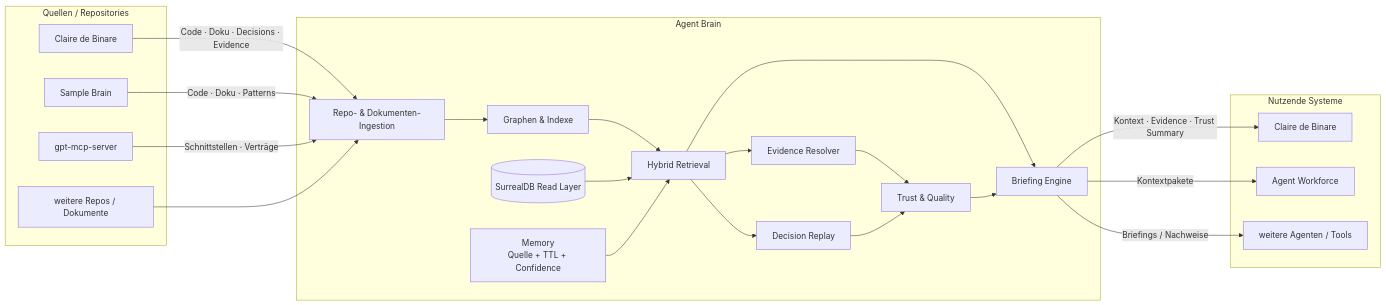
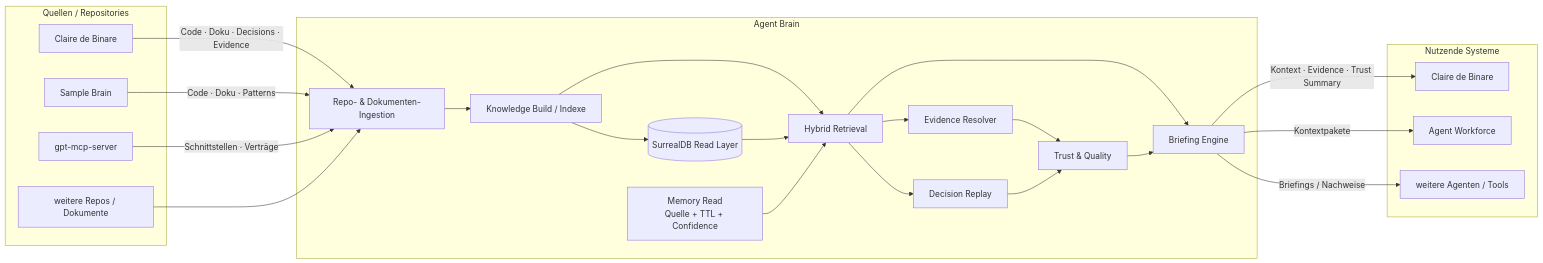
Before and after one commit to jannekbuengener/agent-brain: the first of 8 diagrams in docs/DATENFLUESSE.md, drawn with Mermaid. The commit also changed other lines of this file and 3 other files, not shown here.

First line of the commit message:
docs: adopt roadmap v2 and close planning gaps

````diff
--- a/docs/DATENFLUESSE.md
+++ b/docs/DATENFLUESSE.md
@@ -11,46 +11,47 @@
 ```mermaid
 flowchart LR
     subgraph Quellen["Quellen / Repositories"]
         CDB["Claire de Binare"]
         SB["Sample Brain"]
         MCP["gpt-mcp-server"]
         MORE["weitere Repos / Dokumente"]
     end
 
     subgraph Brain["Agent Brain"]
         ING["Repo- & Dokumenten-Ingestion"]
-        IDX["Graphen & Indexe"]
+        BUILD["Knowledge Build / Indexe"]
         RET["Hybrid Retrieval"]
         EVI["Evidence Resolver"]
         DEC["Decision Replay"]
-        MEM["Memory\nQuelle + TTL + Confidence"]
+        MEM["Memory Read\nQuelle + TTL + Confidence"]
         TRUST["Trust & Quality"]
         BRIEF["Briefing Engine"]
         DB[("SurrealDB Read Layer")]
 
-        ING --> IDX --> RET
+        ING --> BUILD --> RET
+        BUILD --> DB
+        DB --> RET
+        MEM --> RET
         RET --> EVI
         RET --> DEC
-        DB --> RET
-        MEM --> RET
         EVI --> TRUST
         DEC --> TRUST
         RET --> BRIEF
         TRUST --> BRIEF
     end
 
     subgraph Consumer["Nutzende Systeme"]
         CDBC["Claire de Binare"]
         WF["Agent Workforce"]
         AG["weitere Agenten / Tools"]
     end
 
     CDB -->|"Code · Doku · Decisions · Evidence"| ING
     SB -->|"Code · Doku · Patterns"| ING
     MCP -->|"Schnittstellen · Verträge"| ING
     MORE --> ING
 
     BRIEF -->|"Kontext · Evidence · Trust Summary"| CDBC
     BRIEF -->|"Kontextpakete"| WF
     BRIEF -->|"Briefings / Nachweise"| AG
 ```
````
